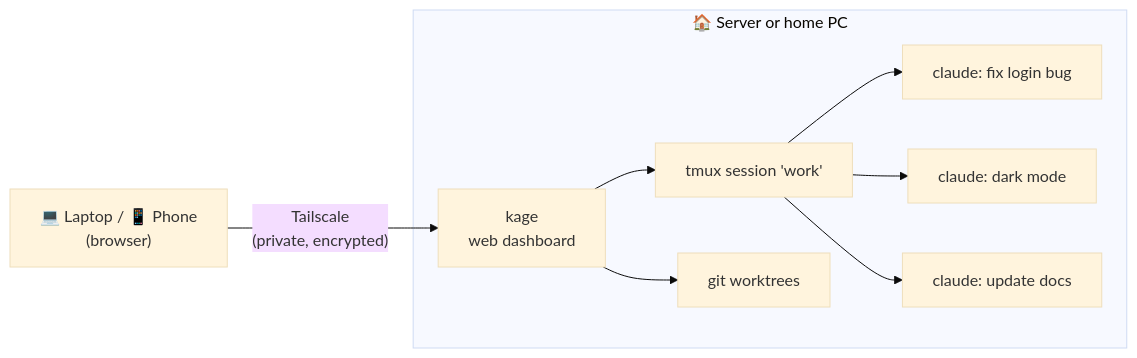
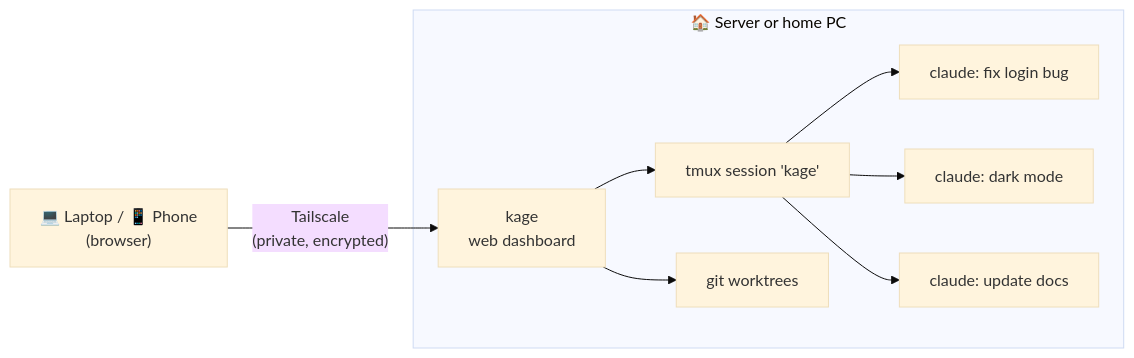
The diagram in README.md (eridian-io/kage), drawn with Mermaid (base theme) before and after one commit. The commit also changed other lines of this file and 32 other files, not shown here.

````diff
--- a/README.md
+++ b/README.md
@@ -44,11 +44,11 @@
 ```mermaid
 flowchart LR
   L["💻 Laptop / 📱 Phone<br>(browser)"] -- "Tailscale<br>(private, encrypted)" --> K
   subgraph PC["🏠 Server or home PC"]
-    K["kage<br>web dashboard"] --> T["tmux session 'work'"]
+    K["kage<br>web dashboard"] --> T["tmux session 'kage'"]
     T --> A1["claude: fix login bug"]
     T --> A2["claude: dark mode"]
     T --> A3["claude: update docs"]
     K --> G["git worktrees"]
   end
 ```
````
